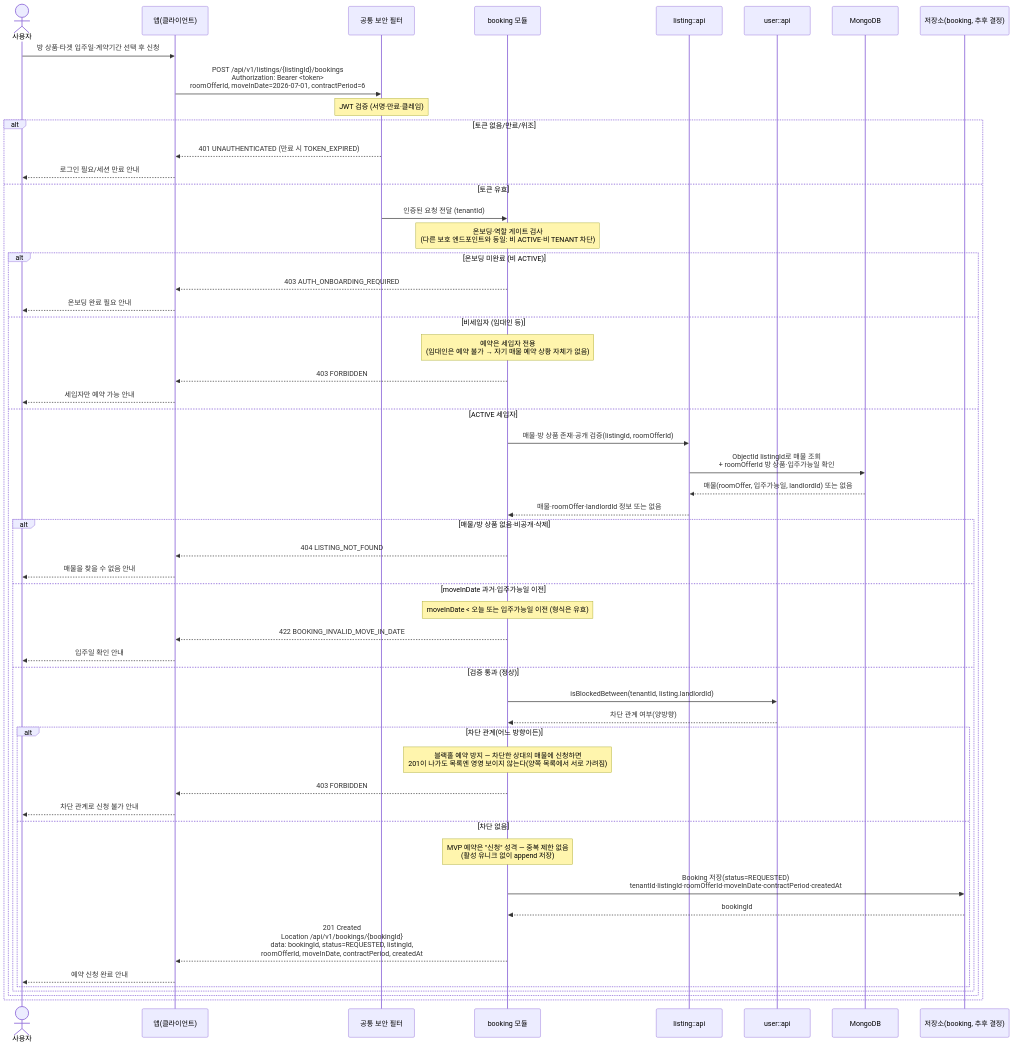
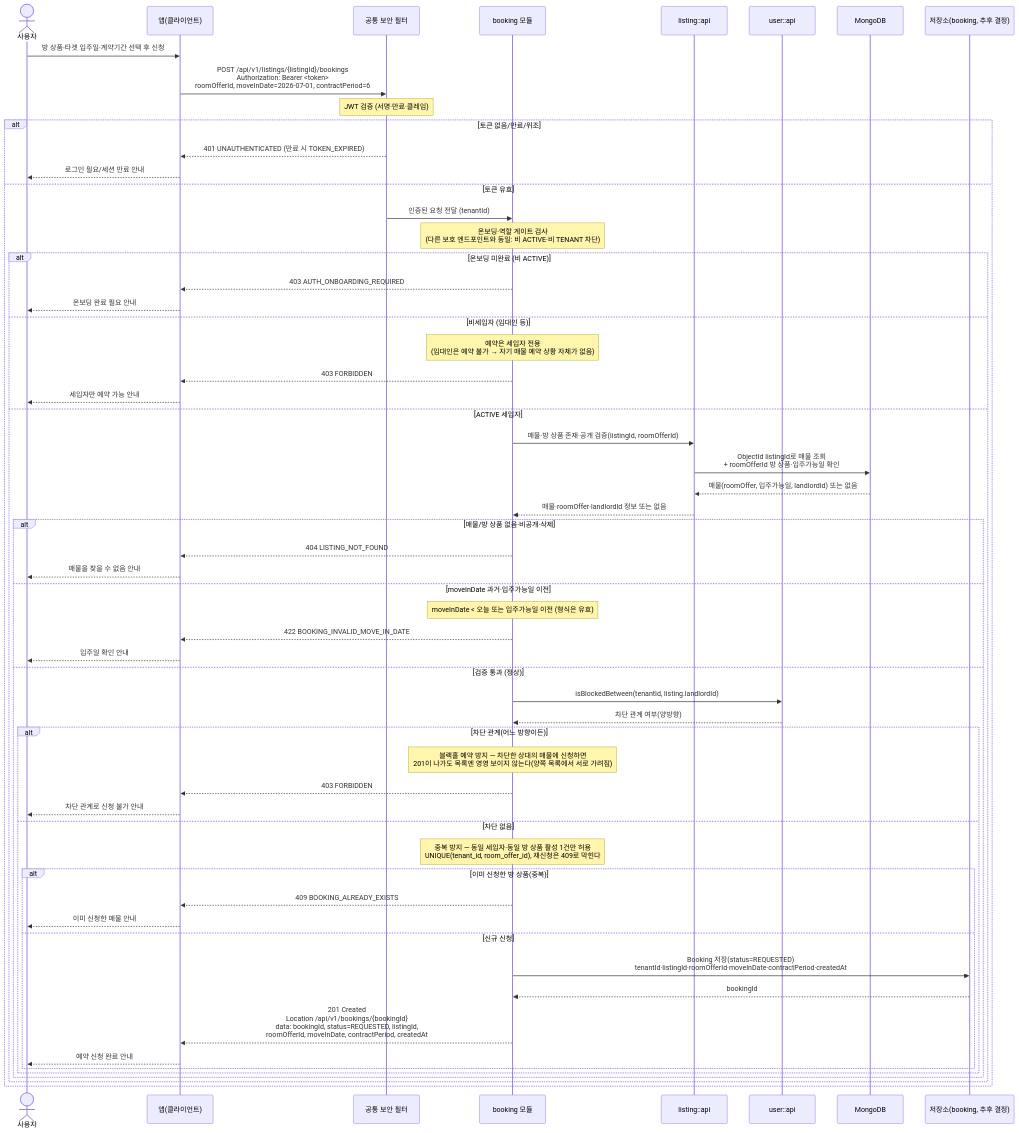
One commit to jameskim9509/Kohere-backend changed the diagram in docs/architecture/sequence-diagrams/04-booking-inquiry-chat/us-4-1-booking-create.md. Above: the diagram before and after it, drawn with Mermaid. The commit also changed other lines of this file and 7 other files, not shown here.

First line of the commit message:
docs(booking): 예약 중복 방지 유니크 제약(활성 1건) 설계 문서 반영

````diff
--- a/docs/architecture/sequence-diagrams/04-booking-inquiry-chat/us-4-1-booking-create.md
+++ b/docs/architecture/sequence-diagrams/04-booking-inquiry-chat/us-4-1-booking-create.md
@@ -5,61 +5,66 @@
 ```mermaid
 sequenceDiagram
     actor U as 사용자
     participant C as 앱(클라이언트)
     participant SEC as 공통 보안 필터
     participant BOOK as booking 모듈
     participant LIST as listing::api
     participant USER as user::api
     participant MDB as MongoDB
     participant XDB as 저장소(booking, 추후 결정)
 
     U->>C: 방 상품·타겟 입주일·계약기간 선택 후 신청
     C->>SEC: POST /api/v1/listings/{listingId}/bookings<br/>Authorization: Bearer <token><br/>roomOfferId, moveInDate=2026-07-01, contractPeriod=6
     Note over SEC: JWT 검증 (서명·만료·클레임)
 
     alt 토큰 없음/만료/위조
         SEC-->>C: 401 UNAUTHENTICATED (만료 시 TOKEN_EXPIRED)
         C-->>U: 로그인 필요/세션 만료 안내
     else 토큰 유효
         SEC->>BOOK: 인증된 요청 전달 (tenantId)
         Note over BOOK: 온보딩·역할 게이트 검사<br/>(다른 보호 엔드포인트와 동일: 비 ACTIVE·비 TENANT 차단)
 
         alt 온보딩 미완료 (비 ACTIVE)
             BOOK-->>C: 403 AUTH_ONBOARDING_REQUIRED
             C-->>U: 온보딩 완료 필요 안내
         else 비세입자 (임대인 등)
             Note over BOOK: 예약은 세입자 전용<br/>(임대인은 예약 불가 → 자기 매물 예약 상황 자체가 없음)
             BOOK-->>C: 403 FORBIDDEN
             C-->>U: 세입자만 예약 가능 안내
         else ACTIVE 세입자
             BOOK->>LIST: 매물·방 상품 존재·공개 검증(listingId, roomOfferId)
             LIST->>MDB: ObjectId listingId로 매물 조회<br/>+ roomOfferId 방 상품·입주가능일 확인
             MDB-->>LIST: 매물(roomOffer, 입주가능일, landlordId) 또는 없음
             LIST-->>BOOK: 매물·roomOffer·landlordId 정보 또는 없음
 
             alt 매물/방 상품 없음·비공개·삭제
                 BOOK-->>C: 404 LISTING_NOT_FOUND
                 C-->>U: 매물을 찾을 수 없음 안내
             else moveInDate 과거·입주가능일 이전
                 Note over BOOK: moveInDate < 오늘 또는 입주가능일 이전 (형식은 유효)
                 BOOK-->>C: 422 BOOKING_INVALID_MOVE_IN_DATE
                 C-->>U: 입주일 확인 안내
             else 검증 통과 (정상)
                 BOOK->>USER: isBlockedBetween(tenantId, listing.landlordId)
                 USER-->>BOOK: 차단 관계 여부(양방향)
 
                 alt 차단 관계(어느 방향이든)
                     Note over BOOK: 블랙홀 예약 방지 — 차단한 상대의 매물에 신청하면<br/>201이 나가도 목록엔 영영 보이지 않는다(양쪽 목록에서 서로 가려짐)
                     BOOK-->>C: 403 FORBIDDEN
                     C-->>U: 차단 관계로 신청 불가 안내
                 else 차단 없음
-                    Note over BOOK: MVP 예약은 "신청" 성격 — 중복 제한 없음<br/>(활성 유니크 없이 append 저장)
-                    BOOK->>XDB: Booking 저장(status=REQUESTED)<br/>tenantId·listingId·roomOfferId·moveInDate·contractPeriod·createdAt
-                    XDB-->>BOOK: bookingId
-                    BOOK-->>C: 201 Created<br/>Location /api/v1/bookings/{bookingId}<br/>data: bookingId, status=REQUESTED, listingId,<br/>roomOfferId, moveInDate, contractPeriod, createdAt
-                    C-->>U: 예약 신청 완료 안내
+                    Note over BOOK: 중복 방지 — 동일 세입자·동일 방 상품 활성 1건만 허용<br/>UNIQUE(tenant_id, room_offer_id), 재신청은 409로 막힌다
+                    alt 이미 신청한 방 상품(중복)
+                        BOOK-->>C: 409 BOOKING_ALREADY_EXISTS
+                        C-->>U: 이미 신청한 매물 안내
+                    else 신규 신청
+                        BOOK->>XDB: Booking 저장(status=REQUESTED)<br/>tenantId·listingId·roomOfferId·moveInDate·contractPeriod·createdAt
+                        XDB-->>BOOK: bookingId
+                        BOOK-->>C: 201 Created<br/>Location /api/v1/bookings/{bookingId}<br/>data: bookingId, status=REQUESTED, listingId,<br/>roomOfferId, moveInDate, contractPeriod, createdAt
+                        C-->>U: 예약 신청 완료 안내
+                    end
                 end
             end
         end
     end
 ```
````
